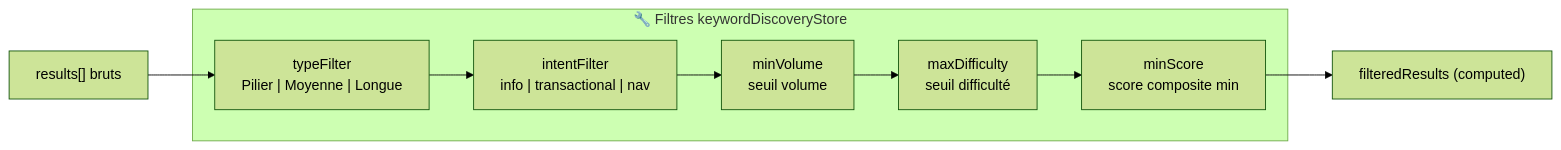
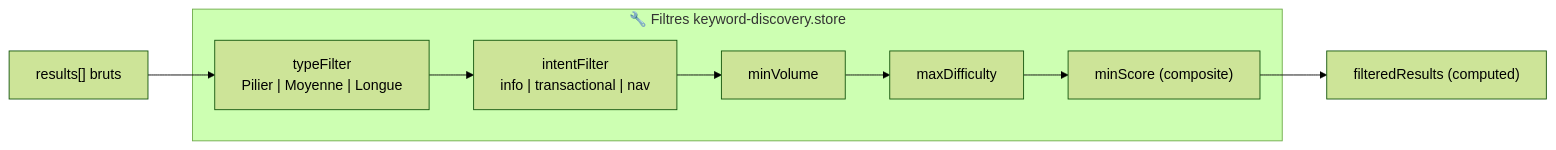
The tenth of 24 diagrams in ARCHITECTURE_FLOWS.md (annubis-knight/Blog_Redactor_SEO), drawn with Mermaid (forest theme) before and after one commit. The commit also changed other lines of this file and 400 other files, not shown here.

````diff
--- a/ARCHITECTURE_FLOWS.md
+++ b/ARCHITECTURE_FLOWS.md
@@ -501,12 +540,12 @@
 ```mermaid
 graph LR
-    subgraph Filters["🔧 Filtres keywordDiscoveryStore"]
+    subgraph Filters["🔧 Filtres keyword-discovery.store"]
         TYPE["typeFilter<br>Pilier | Moyenne | Longue"]
         INTENT["intentFilter<br>info | transactional | nav"]
-        VOL["minVolume<br>seuil volume"]
-        DIFF["maxDifficulty<br>seuil difficulté"]
-        SCORE["minScore<br>score composite min"]
+        VOL["minVolume"]
+        DIFF["maxDifficulty"]
+        SCORE["minScore (composite)"]
     end
 
     RAW["results[] bruts"] --> TYPE --> INTENT --> VOL --> DIFF --> SCORE --> FILTERED["filteredResults (computed)"]
 ```
````
